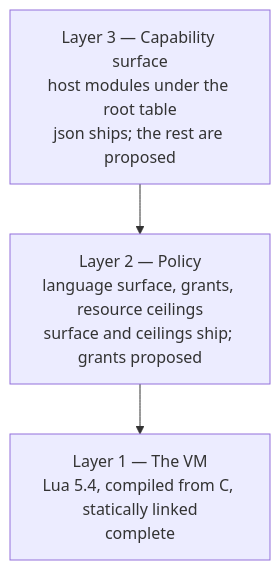
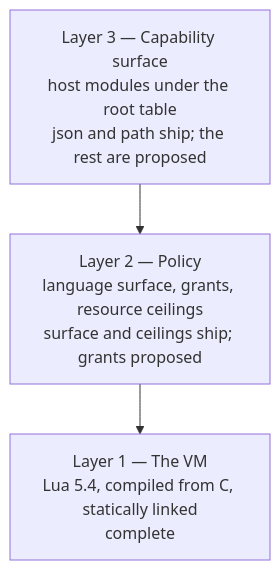
The diagram in crates/airsl/docs/architecture.md (rstlix0x0/airsstack), drawn with Mermaid before and after one commit. The commit also changed other lines of this file and 10 other files, not shown here.

First line of the commit message:
feat(airsl): pass the policy to module install, and ship airsstack.path

````diff
--- a/crates/airsl/docs/architecture.md
+++ b/crates/airsl/docs/architecture.md
@@ -19,7 +19,7 @@
 ```mermaid
 graph TD
-    L3["Layer 3 — Capability surface<br/>host modules under the root table<br/>json ships; the rest are proposed"]
+    L3["Layer 3 — Capability surface<br/>host modules under the root table<br/>json and path ship; the rest are proposed"]
     L2["Layer 2 — Policy<br/>language surface, grants, resource ceilings<br/>surface and ceilings ship; grants proposed"]
     L1["Layer 1 — The VM<br/>Lua 5.4, compiled from C, statically linked<br/>complete"]
     L3 --> L2 --> L1
 ```
````
